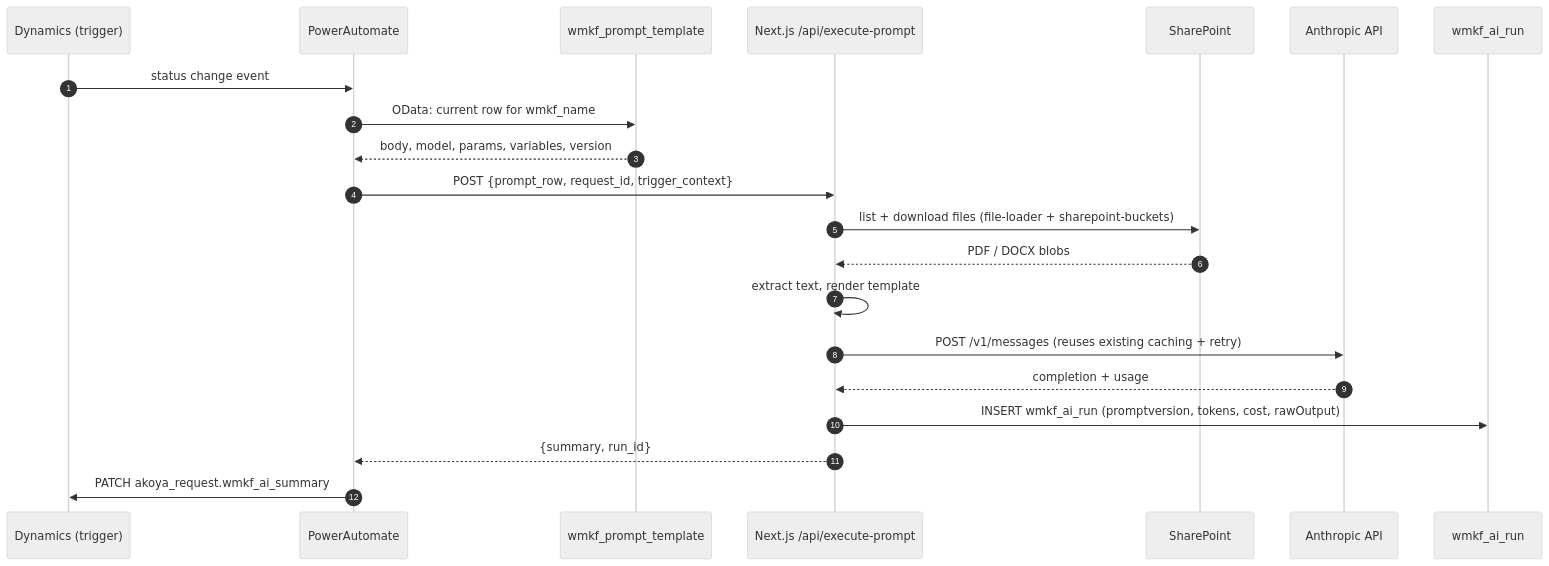
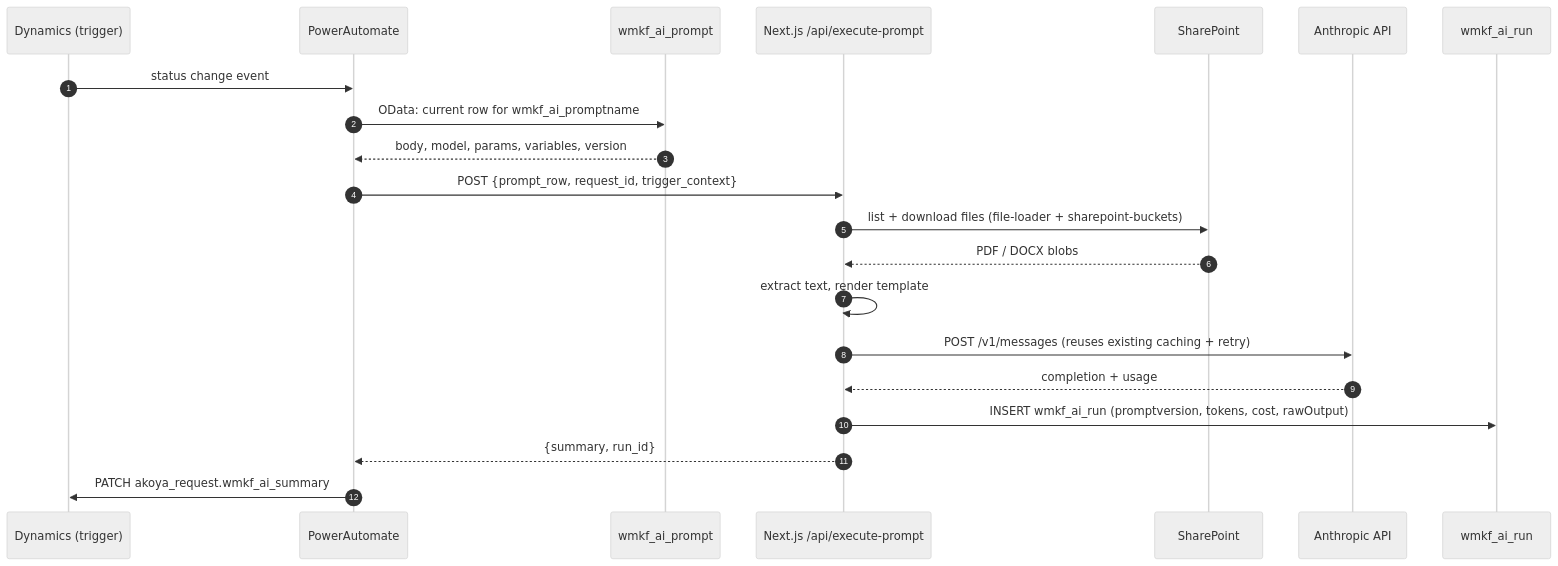
Before and after one commit to justingallivan/Phase-II-Summaries: the third of 3 diagrams in docs/PROMPT_STORAGE_DESIGN.md, drawn with Mermaid (neutral theme). The commit also changed other lines of this file and 3 other files, not shown here.

````diff
--- a/docs/PROMPT_STORAGE_DESIGN.md
+++ b/docs/PROMPT_STORAGE_DESIGN.md
@@ -448,24 +438,24 @@
 ```mermaid
 sequenceDiagram
     autonumber
     participant Dyn as Dynamics (trigger)
     participant PA as PowerAutomate
-    participant PT as wmkf_prompt_template
+    participant PT as wmkf_ai_prompt
     participant NJ as Next.js /api/execute-prompt
     participant SP as SharePoint
     participant AN as Anthropic API
     participant Run as wmkf_ai_run
 
     Dyn->>PA: status change event
-    PA->>PT: OData: current row for wmkf_name
+    PA->>PT: OData: current row for wmkf_ai_promptname
     PT-->>PA: body, model, params, variables, version
     PA->>NJ: POST {prompt_row, request_id, trigger_context}
     NJ->>SP: list + download files (file-loader + sharepoint-buckets)
     SP-->>NJ: PDF / DOCX blobs
     NJ->>NJ: extract text, render template
     NJ->>AN: POST /v1/messages (reuses existing caching + retry)
     AN-->>NJ: completion + usage
     NJ->>Run: INSERT wmkf_ai_run (promptversion, tokens, cost, rawOutput)
     NJ-->>PA: {summary, run_id}
     PA->>Dyn: PATCH akoya_request.wmkf_ai_summary
 ```
````
